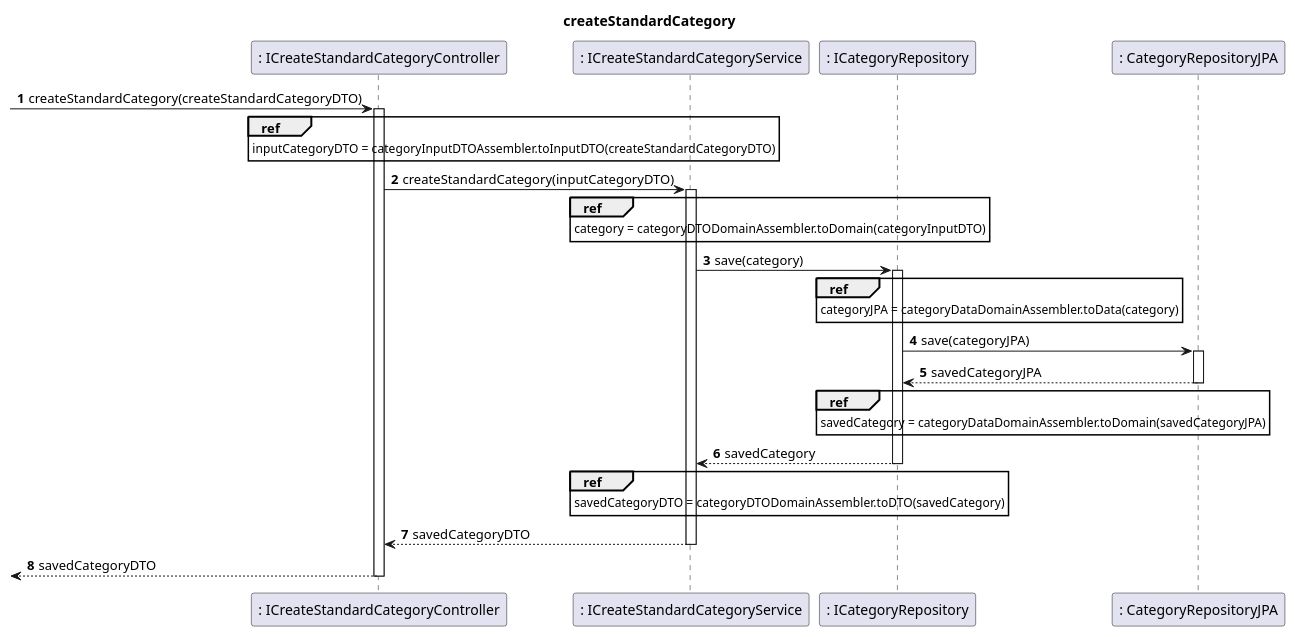
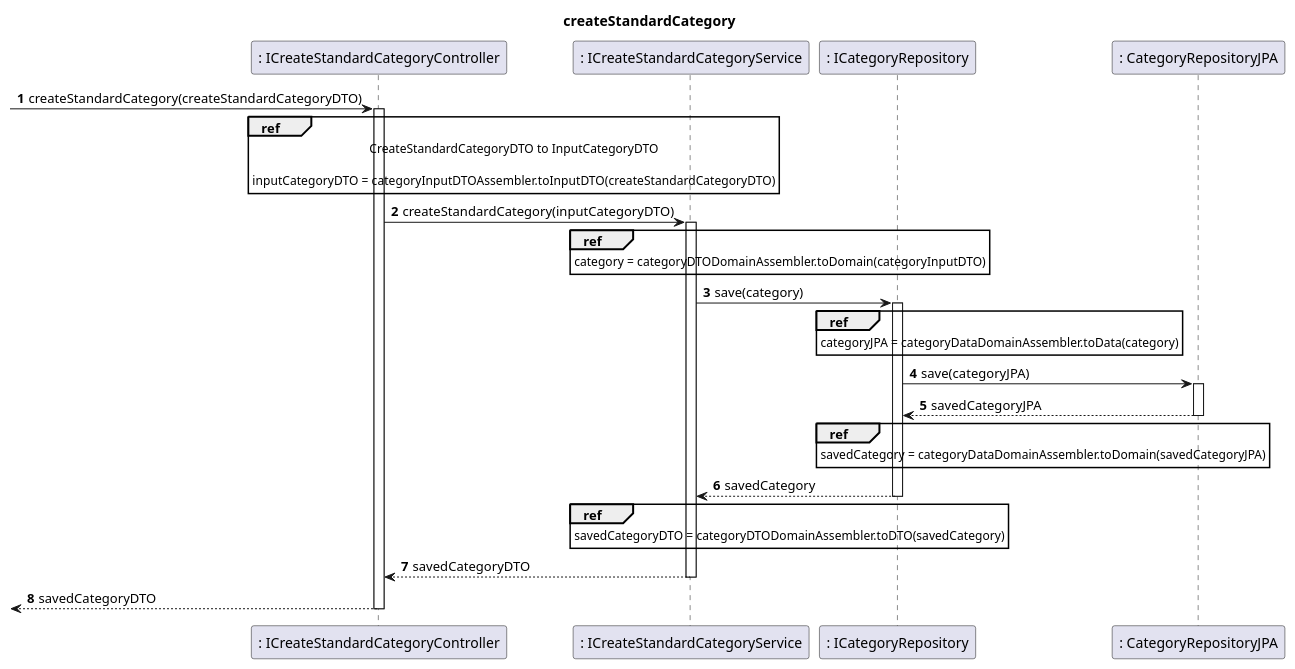
Before and after one commit to tomas-osswald/switch_2020_g3: the second of 5 diagrams in docs/sprint5/user_stories/US001_CreateStandardCategory.md, drawn with PlantUML. The commit also changed other lines of this file and 2 other files, not shown here.

Commit message:
create sd for account creation user stories

`````diff
--- a/docs/sprint5/user_stories/US001_CreateStandardCategory.md
+++ b/docs/sprint5/user_stories/US001_CreateStandardCategory.md
@@ -60,48 +60,52 @@
 ```` puml
 
 autonumber
 title createStandardCategory
 participant ": ICreateStandardCategoryController" as controller
 participant ": ICreateStandardCategoryService" as catServ
 participant ": ICategoryRepository" as repo
 participant ": CategoryRepositoryJPA" as jpa
     
 -> controller : createStandardCategory(createStandardCategoryDTO)
 activate controller
+
 ref over controller 
+CreateStandardCategoryDTO to InputCategoryDTO
+
 inputCategoryDTO = categoryInputDTOAssembler.toInputDTO(createStandardCategoryDTO)
 end
+
 controller -> catServ : createStandardCategory(inputCategoryDTO)
 activate catServ
 
 ref over catServ
 category = categoryDTODomainAssembler.toDomain(categoryInputDTO)
 end
 
 catServ -> repo : save(category)
 activate repo
 
 ref over repo
 categoryJPA = categoryDataDomainAssembler.toData(category)
 end
 
 repo -> jpa : save(categoryJPA)
 activate jpa
 return savedCategoryJPA
 
 ref over repo
 savedCategory = categoryDataDomainAssembler.toDomain(savedCategoryJPA)
 end
 
 return savedCategory
 
 ref over catServ
 savedCategoryDTO = categoryDTODomainAssembler.toDTO(savedCategory)
 end
 
 return savedCategoryDTO
 
 return savedCategoryDTO
 
 @endpuml
 ````
`````
